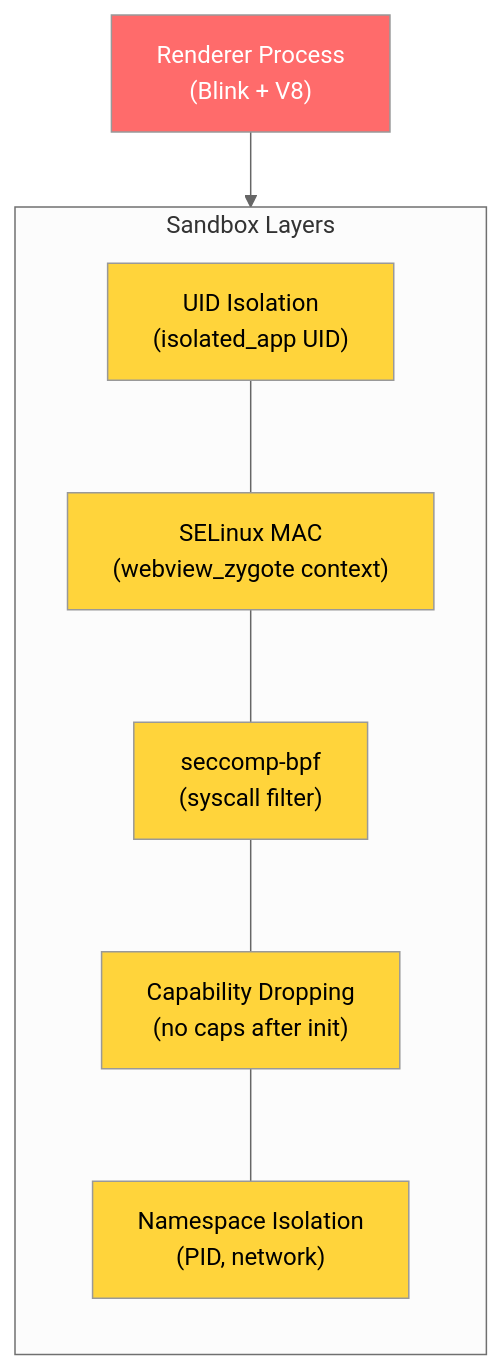
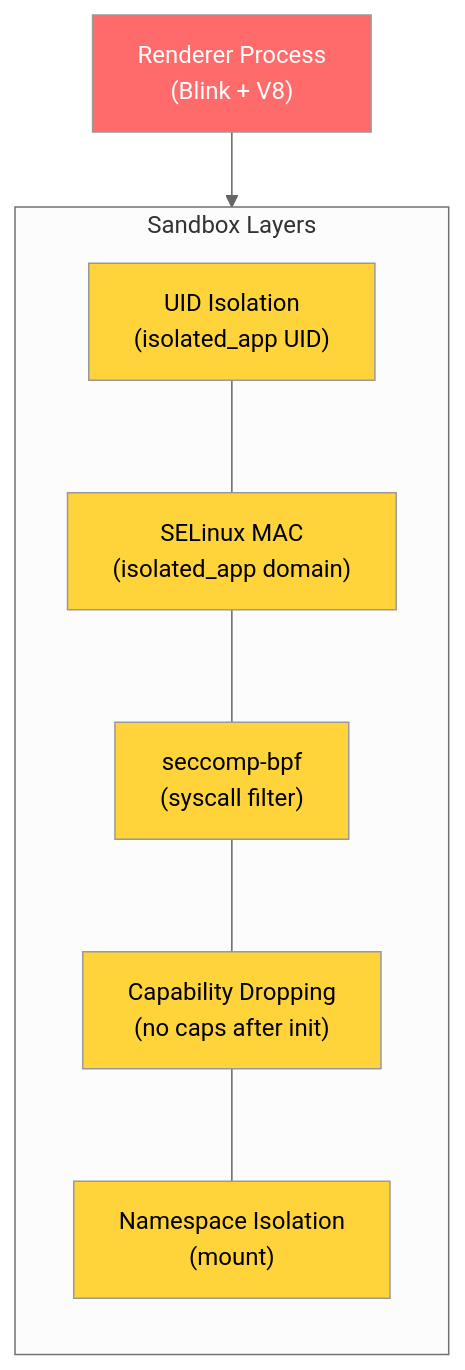
Diagram 13 of 18 in agents/claude/skills/aosp-ui-framework/45-webview.md (aospbooks/aosp-internal-book), drawn with Mermaid (neutral theme) before and after one commit. The commit also changed other lines of this file and 218 other files, not shown here.

````diff
--- a/agents/claude/skills/aosp-ui-framework/45-webview.md
+++ b/agents/claude/skills/aosp-ui-framework/45-webview.md
@@ -1580,21 +1593,21 @@
 ```mermaid
 graph TB
     subgraph "Sandbox Layers"
         direction TB
         L1["UID Isolation<br/>(isolated_app UID)"]
-        L2["SELinux MAC<br/>(webview_zygote context)"]
+        L2["SELinux MAC<br/>(isolated_app domain)"]
         L3["seccomp-bpf<br/>(syscall filter)"]
         L4["Capability Dropping<br/>(no caps after init)"]
-        L5["Namespace Isolation<br/>(PID, network)"]
+        L5["Namespace Isolation<br/>(mount)"]
         L1 --- L2 --- L3 --- L4 --- L5
     end
 
     RENDERER["Renderer Process<br/>(Blink + V8)"] --> L1
 
     style RENDERER fill:#ff6b6b,color:#fff
     style L1 fill:#ffd43b,color:#000
     style L2 fill:#ffd43b,color:#000
     style L3 fill:#ffd43b,color:#000
     style L4 fill:#ffd43b,color:#000
     style L5 fill:#ffd43b,color:#000
 ```
````
